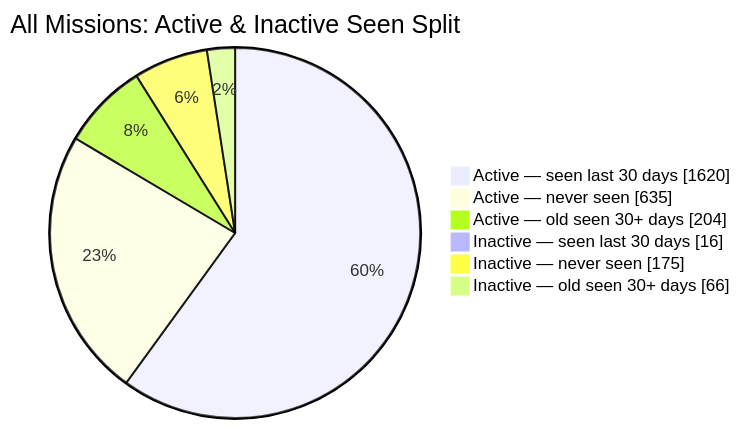
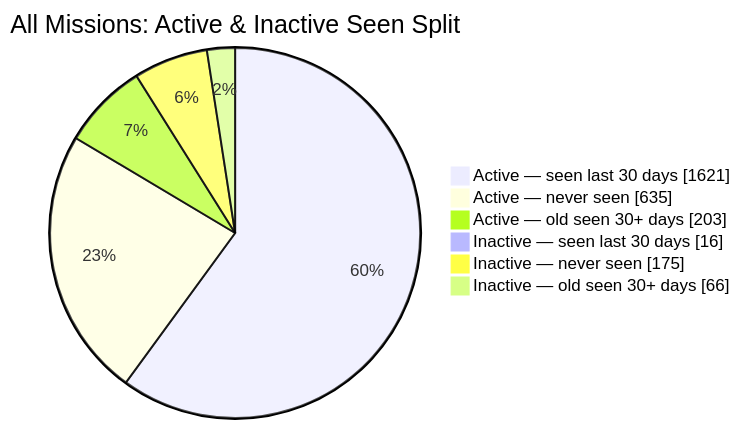
One commit to MeldkamerspelGameTeam/active-missions changed the second of 2 diagrams in README.md. Above: the diagram before and after it, drawn with Mermaid. The commit also changed other lines of this file and 2 other files, not shown here.

````diff
--- a/README.md
+++ b/README.md
@@ -44,10 +44,10 @@
 ```mermaid
 pie showData
     title All Missions: Active & Inactive Seen Split
-    "Active — seen last 30 days" : 1620
+    "Active — seen last 30 days" : 1621
     "Active — never seen" : 635
-    "Active — old seen 30+ days" : 204
+    "Active — old seen 30+ days" : 203
     "Inactive — seen last 30 days" : 16
     "Inactive — never seen" : 175
     "Inactive — old seen 30+ days" : 66
 ```
````
